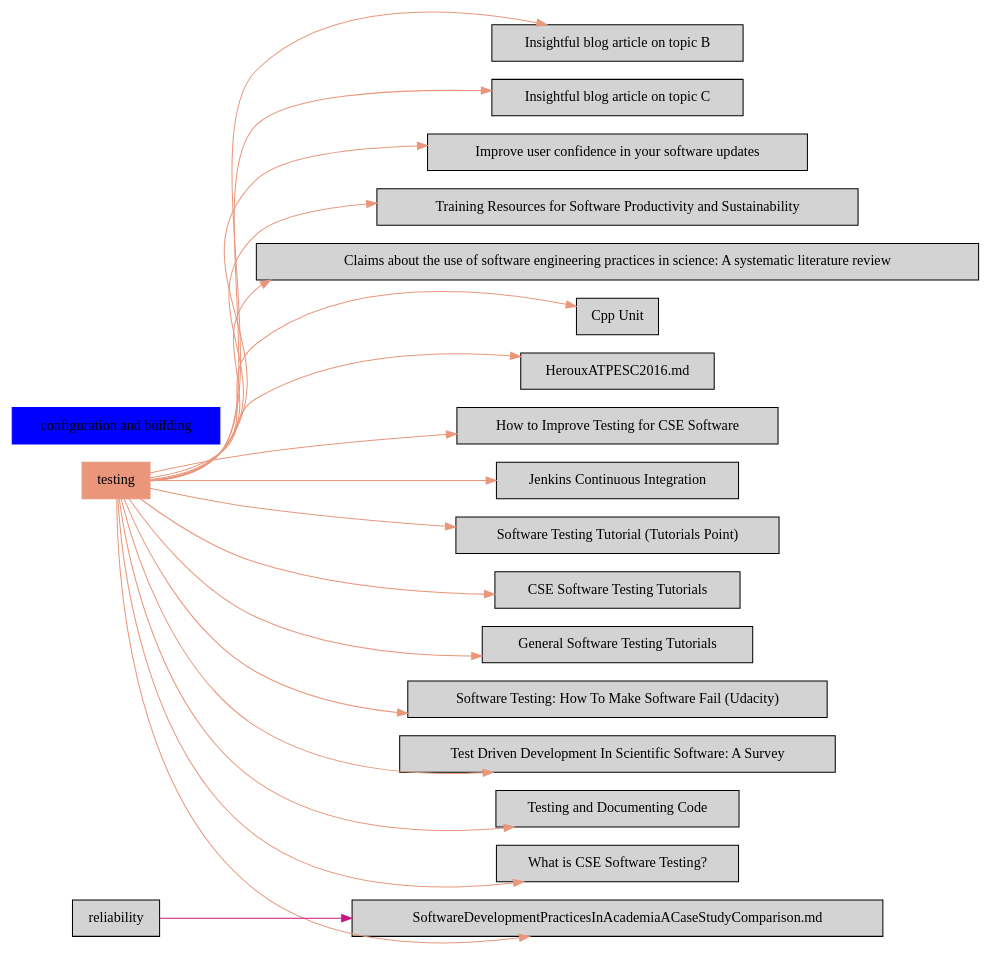
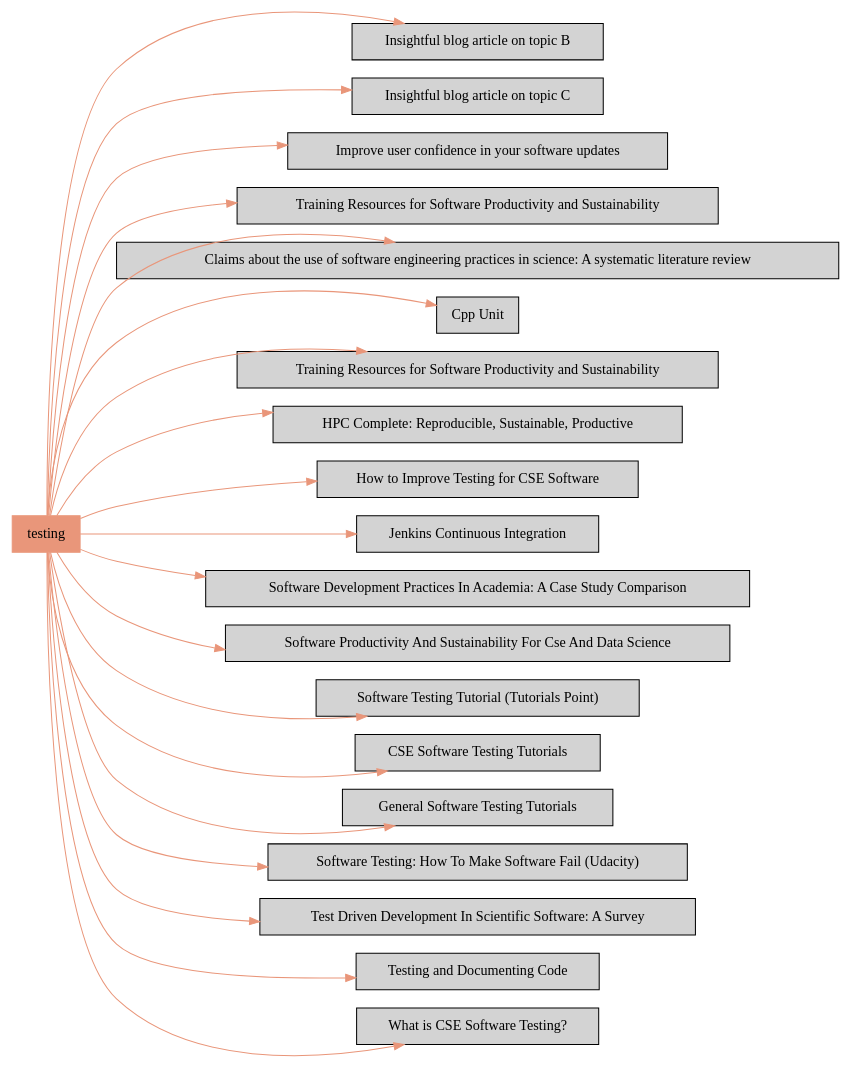
Before and after one commit to duongdo27/Dealii: the diagram in markdown/topic_testing.dot, drawn with Graphviz. The commit also changed 6 other files, not shown here.

```diff
--- a/markdown/topic_testing.dot
+++ b/markdown/topic_testing.dot
@@ -1,41 +1,45 @@
 digraph bettersoftware {
             rankdir = LR;
             ratio = fill;
             node [style=filled];
             node [shape = box];
 "testing" [colorscheme="svg" color="darksalmon"];
 "testing" ->  "BlogArticleSkeletonB.md" [colorscheme="svg" color="darksalmon"];
 "BlogArticleSkeletonB.md" [label="Insightful blog article on topic B" URL="http://bss.parallactic.com/resources/insightful-blog-article-on-topic-b"];
 "testing" ->  "BlogArticleSkeletonC.md" [colorscheme="svg" color="darksalmon"];
 "BlogArticleSkeletonC.md" [label="Insightful blog article on topic C" URL="http://bss.parallactic.com/resources/insightful-blog-article-on-topic-c"];
 "testing" ->  "ImproveUserConfidenceInSwUpdates.md" [colorscheme="svg" color="darksalmon"];
 "ImproveUserConfidenceInSwUpdates.md" [label="Improve user confidence in your software updates" URL="http://bss.parallactic.com/resources/improve-user-confidence-in-your-software-updates"];
 "testing" ->  "BestPracticesForHPCSwDevelopersWebinarSeries.md" [colorscheme="svg" color="darksalmon"];
 "BestPracticesForHPCSwDevelopersWebinarSeries.md" [label="Training Resources for Software Productivity and Sustainability" URL="http://bss.parallactic.com/resources/training-resources-for-software-productivity-and-sustainability"];
 "testing" ->  "ClaimsAboutSoftwareEnginScienceReview.md" [colorscheme="svg" color="darksalmon"];
 "ClaimsAboutSoftwareEnginScienceReview.md" [label="Claims about the use of software engineering practices in science: A systematic literature review", URL="http://bss.parallactic.com/resources/claims-about-the-use-of-software-engineering-practices-in-science-a-systematic-literature-review"];
 "testing" ->  "CppUnit.md" [colorscheme="svg" color="darksalmon"];
 "CppUnit.md" [label="Cpp Unit" URL="http://bss.parallactic.com/resources/cpp-unit"];
+"testing" ->  "CseCollaborationThroughSoftwareImprovingProductivityAndSustainability.SIAM-CSE17.md" [colorscheme="svg" color="darksalmon"];
+"CseCollaborationThroughSoftwareImprovingProductivityAndSustainability.SIAM-CSE17.md" [label="Training Resources for Software Productivity and Sustainability" URL="http://bss.parallactic.com/resources/training-resources-for-software-productivity-and-sustainability"];
 "testing" ->  "HerouxATPESC2016.md" [colorscheme="svg" color="darksalmon"];
-"configuration and building" [colorscheme="svg" color="blue"];
+"HerouxATPESC2016.md" [label="HPC Complete: Reproducible, Sustainable, Productive" URL="http://bss.parallactic.com/resources/hpc-complete-reproducible-sustainable-productive"];
 "testing" ->  "HowToImproveTestingForCseSw.md" [colorscheme="svg" color="darksalmon"];
 "HowToImproveTestingForCseSw.md" [label="How to Improve Testing for CSE Software" URL="http://bss.parallactic.com/resources/how-to-improve-testing-for-cse-software"];
 "testing" ->  "JenkinsCI.md" [colorscheme="svg" color="darksalmon"];
 "JenkinsCI.md" [label="Jenkins Continuous Integration" URL="http://bss.parallactic.com/resources/jenkins-continuous-integration"];
 "testing" ->  "SoftwareDevelopmentPracticesInAcademiaACaseStudyComparison.md" [colorscheme="svg" color="darksalmon"];
-"reliability" ->  "SoftwareDevelopmentPracticesInAcademiaACaseStudyComparison.md" [colorscheme="svg" color="mediumvioletred"];
+"SoftwareDevelopmentPracticesInAcademiaACaseStudyComparison.md" [label="Software Development Practices In Academia: A Case Study Comparison", URL="http://bss.parallactic.com/resources/software-development-practices-in-academia-a-case-study-comparison"];
+"testing" ->  "SwProductivityAndSustainabilityForCseAndDataScience.SIAM-CSE17.md" [colorscheme="svg" color="darksalmon"];
+"SwProductivityAndSustainabilityForCseAndDataScience.SIAM-CSE17.md" [label="Software Productivity And Sustainability For Cse And Data Science" URL="http://bss.parallactic.com/events/siam-conference-on-computational-science-and-engineering-cse17 "]
 "testing" ->  "SwTestingTutorialTutorialsPoint.md" [colorscheme="svg" color="darksalmon"];
 "SwTestingTutorialTutorialsPoint.md" [label="Software Testing Tutorial (Tutorials Point)" URL="http://bss.parallactic.com/resources/software-testing-tutorial-tutorials-point"];
 "testing" ->  "SwTestingTutorials.Cse.md" [colorscheme="svg" color="darksalmon"];
 "SwTestingTutorials.Cse.md" [label="CSE Software Testing Tutorials" URL="http://bss.parallactic.com/resources/software-testing-tutorials"];
 "testing" ->  "SwTestingTutorials.General.md" [colorscheme="svg" color="darksalmon"];
 "SwTestingTutorials.General.md" [label="General Software Testing Tutorials" URL="http://bss.parallactic.com/resources/software-testing-tutorials"];
 "testing" ->  "SwTestingUdacity.md" [colorscheme="svg" color="darksalmon"];
 "SwTestingUdacity.md" [label="Software Testing: How To Make Software Fail (Udacity)" URL="http://bss.parallactic.com/resources/software-testing-how-to-make-software-fail-udacity"];
 "testing" ->  "TestDrivenDevptInScientificSwASurvey.md" [colorscheme="svg" color="darksalmon"];
 "TestDrivenDevptInScientificSwASurvey.md" [label="Test Driven Development In Scientific Software: A Survey" URL="http://bss.parallactic.com/resources/test-driven-development-in-scientific-software-a-survey"];
 "testing" ->  "TestingAndDocumentingCode.md" [colorscheme="svg" color="darksalmon"];
 "TestingAndDocumentingCode.md" [label="Testing and Documenting Code" URL="http://bss.parallactic.com/resources/testing-and-documenting-code"];
 "testing" ->  "WhatIsCseSwTesting.md" [colorscheme="svg" color="darksalmon"];
 "WhatIsCseSwTesting.md" [label="What is CSE Software Testing?" URL="http://bss.parallactic.com/resources/what-is-cse-software-testing?"];
 }
```
